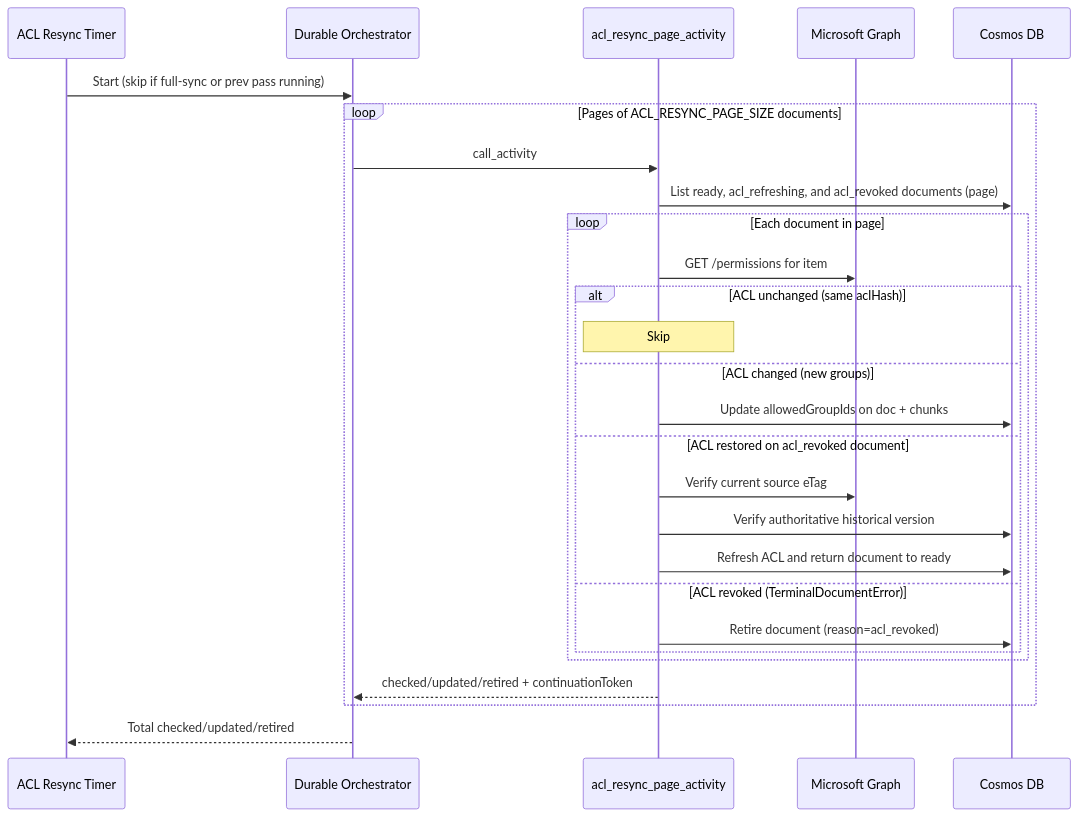
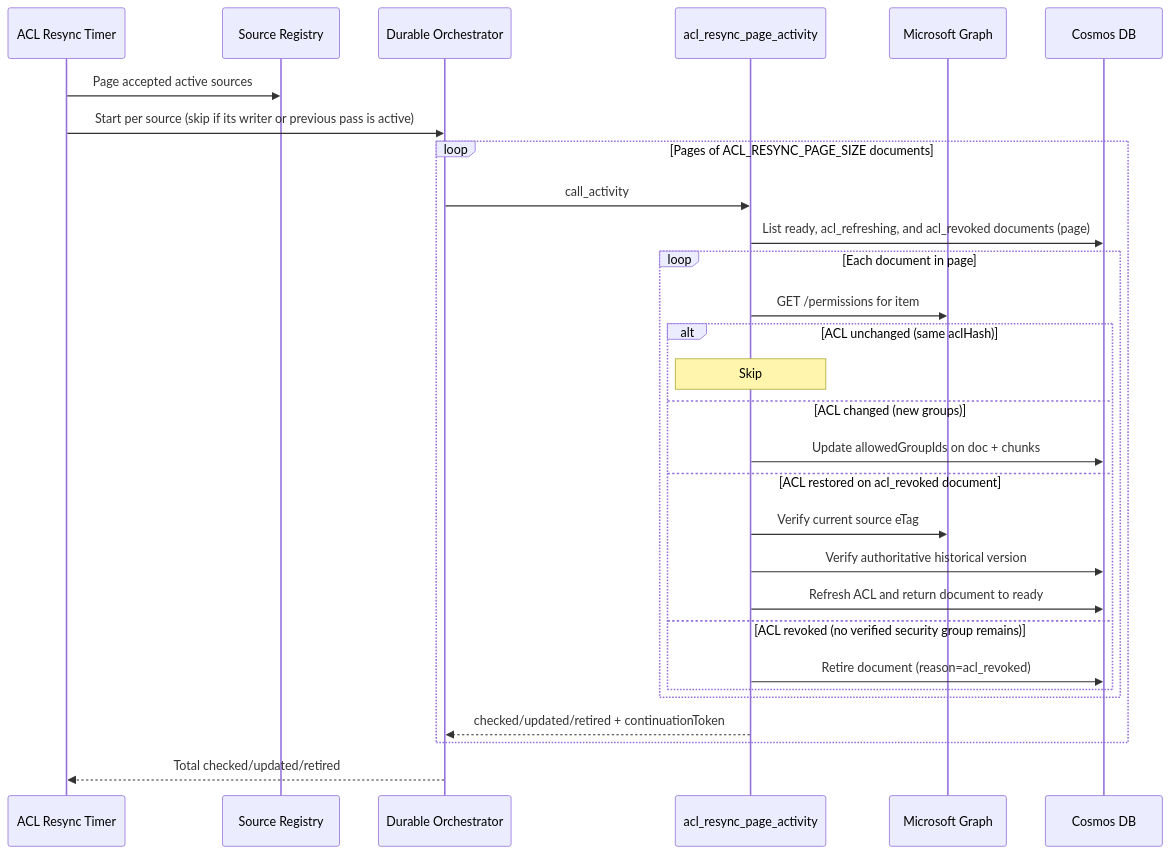
One commit to HariVamsiChittari1/enterprise-rag-pipeline changed the sixth of 14 diagrams in docs/ARCHITECTURE.md. Above: the diagram before and after it, drawn with Mermaid. The commit also changed other lines of this file and 129 other files, not shown here.

````diff
--- a/docs/ARCHITECTURE.md
+++ b/docs/ARCHITECTURE.md
@@ -264,30 +350,32 @@
 ```mermaid
 sequenceDiagram
     participant Timer as ACL Resync Timer
+    participant Registry as Source Registry
     participant Orch as Durable Orchestrator
     participant Act as acl_resync_page_activity
     participant Graph as Microsoft Graph
     participant Cosmos as Cosmos DB
 
-    Timer->>Orch: Start (skip if full-sync or prev pass running)
+    Timer->>Registry: Page accepted active sources
+    Timer->>Orch: Start per source (skip if its writer or previous pass is active)
     loop Pages of ACL_RESYNC_PAGE_SIZE documents
         Orch->>Act: call_activity
         Act->>Cosmos: List ready, acl_refreshing, and acl_revoked documents (page)
         loop Each document in page
             Act->>Graph: GET /permissions for item
             alt ACL unchanged (same aclHash)
                 Note over Act: Skip
             else ACL changed (new groups)
                 Act->>Cosmos: Update allowedGroupIds on doc + chunks
             else ACL restored on acl_revoked document
                 Act->>Graph: Verify current source eTag
                 Act->>Cosmos: Verify authoritative historical version
                 Act->>Cosmos: Refresh ACL and return document to ready
-            else ACL revoked (TerminalDocumentError)
+            else ACL revoked (no verified security group remains)
                 Act->>Cosmos: Retire document (reason=acl_revoked)
             end
         end
         Act-->>Orch: checked/updated/retired + continuationToken
     end
     Orch-->>Timer: Total checked/updated/retired
 ```
````
